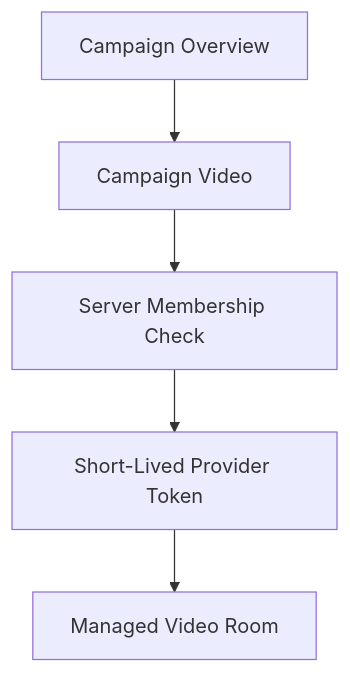
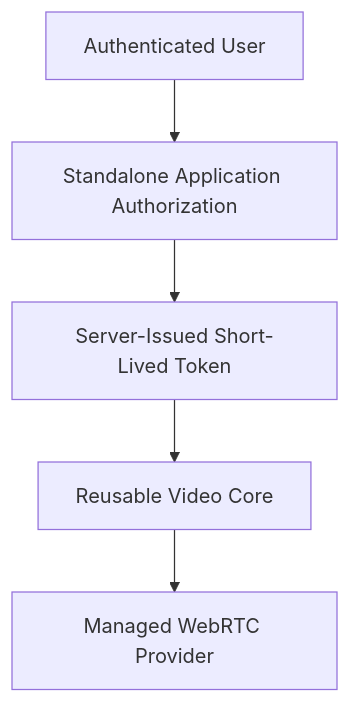
Before and after one commit to Andrey-0101/ttrpg-website: the fifth of 6 diagrams in docs/product/SITE_MAP.md, drawn with Mermaid. The commit also changed other lines of this file and 16 other files, not shown here.

First line of the commit message:
Adopt standalone-video-first roadmap (#27)

````diff
--- a/docs/product/SITE_MAP.md
+++ b/docs/product/SITE_MAP.md
@@ -149,7 +143,7 @@
 ```mermaid
 flowchart TD
-    CAMPAIGN["Campaign Overview"] --> VIDEO["Campaign Video"]
-    VIDEO --> AUTH["Server Membership Check"]
-    AUTH --> TOKEN["Short-Lived Provider Token"]
-    TOKEN --> ROOM["Managed Video Room"]
+    AUTH_USER["Authenticated User"] --> STANDALONE_AUTH["Standalone Application Authorization"]
+    STANDALONE_AUTH --> TOKEN["Server-Issued Short-Lived Token"]
+    TOKEN --> CORE["Reusable Video Core"]
+    CORE --> PROVIDER["Managed WebRTC Provider"]
 ```
````
